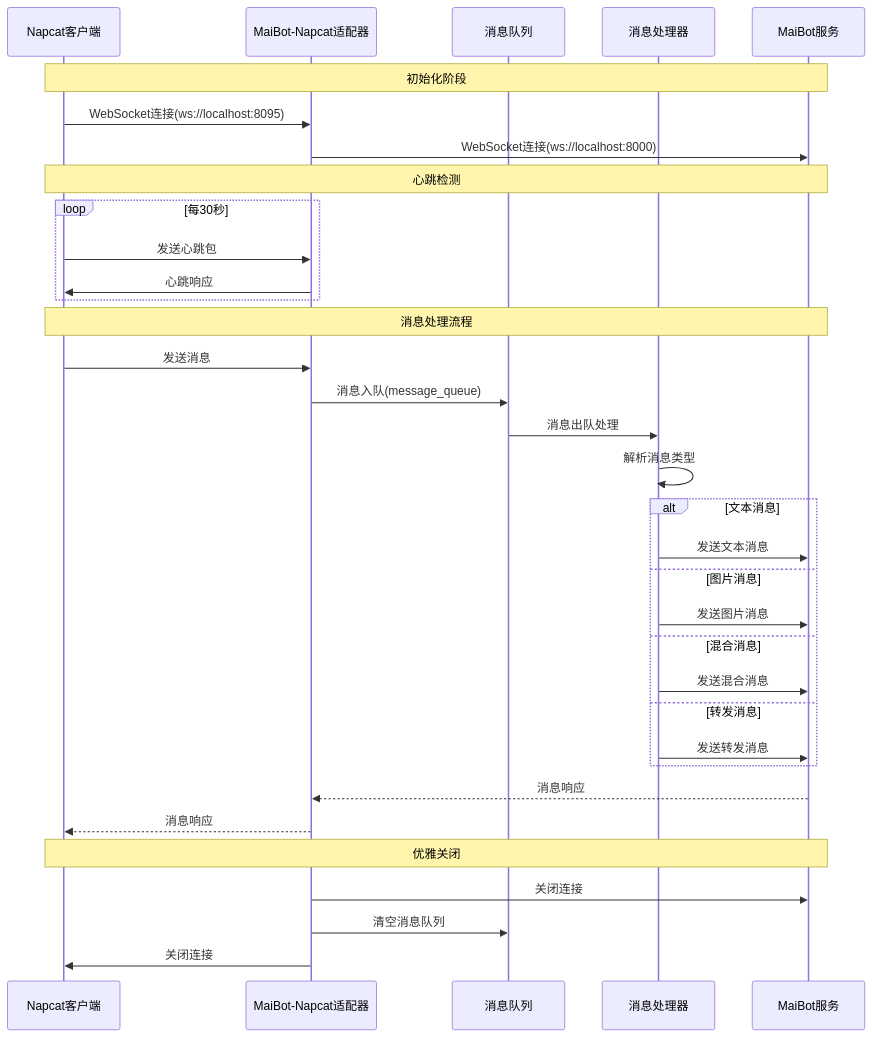
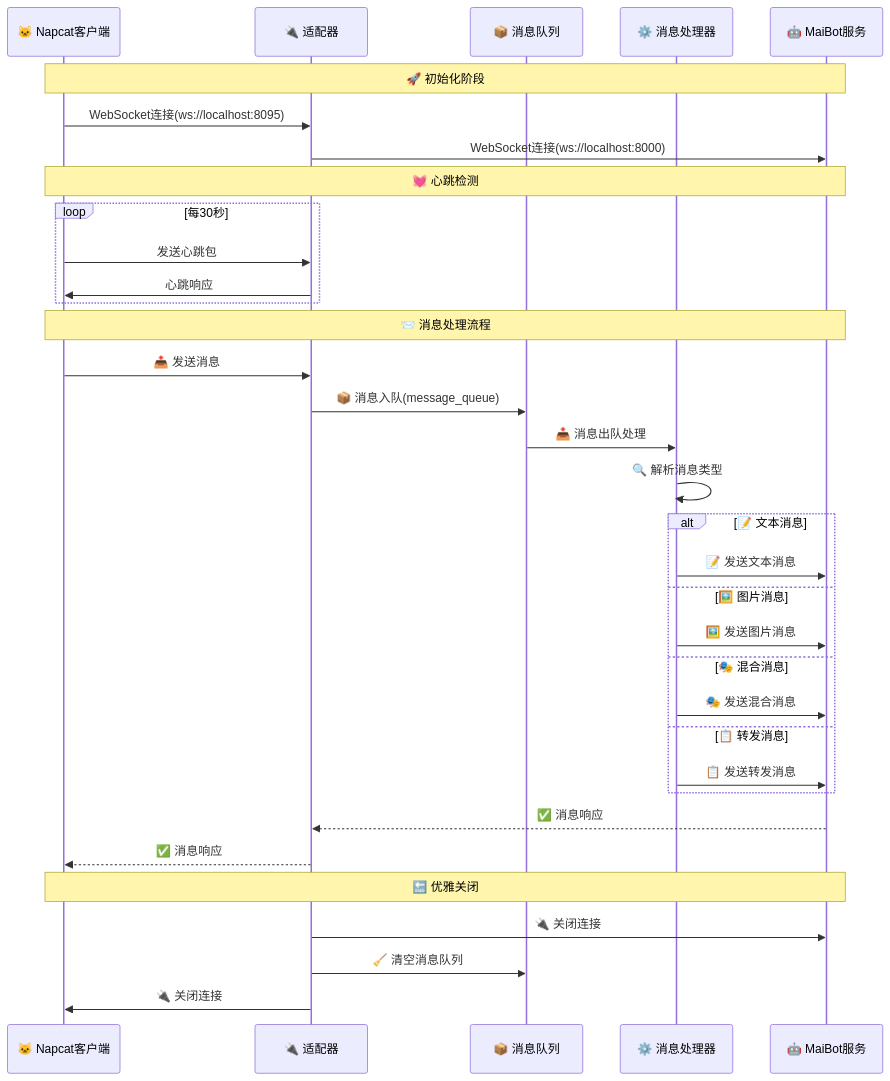
Before and after one commit to MoFox-Studio/Napcat-Adapter: the second of 2 diagrams in README.md, drawn with Mermaid. The commit also changed other lines of this file, not shown here.

````diff
--- a/README.md
+++ b/README.md
@@ -68,40 +199,42 @@
 ```mermaid
 sequenceDiagram
-    participant Napcat as Napcat客户端
-    participant Adapter as MaiBot-Napcat适配器
-    participant Queue as 消息队列
-    participant Handler as 消息处理器
-    participant MaiBot as MaiBot服务
+    participant NC as 🐱 Napcat客户端
+    participant AD as 🔌 适配器
+    participant MQ as 📦 消息队列
+    participant MH as ⚙️ 消息处理器
+    participant MB as 🤖 MaiBot服务
 
-    Note over Napcat,MaiBot: 初始化阶段
-    Napcat->>Adapter: WebSocket连接(ws://localhost:8095)
-    Adapter->>MaiBot: WebSocket连接(ws://localhost:8000)
+    Note over NC,MB: 🚀 初始化阶段
+    NC->>AD: WebSocket连接(ws://localhost:8095)
+    AD->>MB: WebSocket连接(ws://localhost:8000)
     
-    Note over Napcat,MaiBot: 心跳检测
+    Note over NC,MB: 💓 心跳检测
     loop 每30秒
-        Napcat->>Adapter: 发送心跳包
-        Adapter->>Napcat: 心跳响应
+        NC->>AD: 发送心跳包
+        AD->>NC: 心跳响应
     end
 
-    Note over Napcat,MaiBot: 消息处理流程
-    Napcat->>Adapter: 发送消息
-    Adapter->>Queue: 消息入队(message_queue)
-    Queue->>Handler: 消息出队处理
-    Handler->>Handler: 解析消息类型
-    alt 文本消息
-        Handler->>MaiBot: 发送文本消息
-    else 图片消息
-        Handler->>MaiBot: 发送图片消息
-    else 混合消息
-        Handler->>MaiBot: 发送混合消息
-    else 转发消息
-        Handler->>MaiBot: 发送转发消息
+    Note over NC,MB: 📨 消息处理流程
+    NC->>AD: 📤 发送消息
+    AD->>MQ: 📦 消息入队(message_queue)
+    MQ->>MH: 📥 消息出队处理
+    MH->>MH: 🔍 解析消息类型
+    
+    alt 📝 文本消息
+        MH->>MB: 📝 发送文本消息
+    else 🖼️ 图片消息
+        MH->>MB: 🖼️ 发送图片消息
+    else 🎭 混合消息
+        MH->>MB: 🎭 发送混合消息
+    else 📋 转发消息
+        MH->>MB: 📋 发送转发消息
     end
-    MaiBot-->>Adapter: 消息响应
-    Adapter-->>Napcat: 消息响应
+    
+    MB-->>AD: ✅ 消息响应
+    AD-->>NC: ✅ 消息响应
 
-    Note over Napcat,MaiBot: 优雅关闭
-    Adapter->>MaiBot: 关闭连接
-    Adapter->>Queue: 清空消息队列
-    Adapter->>Napcat: 关闭连接
+    Note over NC,MB: 🔚 优雅关闭
+    AD->>MB: 🔌 关闭连接
+    AD->>MQ: 🧹 清空消息队列
+    AD->>NC: 🔌 关闭连接
 ```
````
